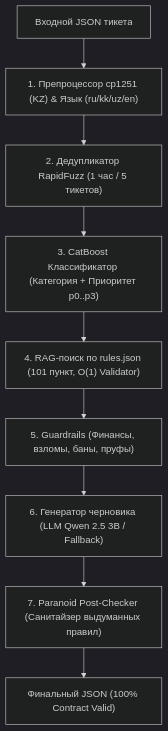
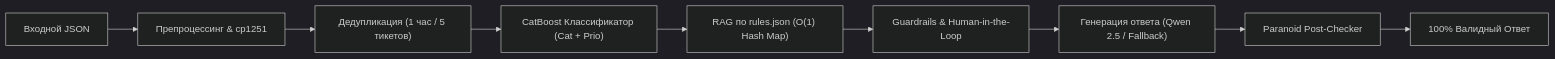
One commit to biplteam-Dreamteam/Outsiders changed the diagram in README.md. Above: the diagram before and after it, drawn with Mermaid (dark theme). The commit also changed other lines of this file and 10 other files, not shown here.

````diff
--- a/README.md
+++ b/README.md
@@ -165,11 +63,11 @@
 ```mermaid
-flowchart TD
-    A["Входной JSON тикета"] --> B["1. Препроцессор cp1251 (KZ) & Язык (ru/kk/uz/en)"]
-    B --> C["2. Дедупликатор RapidFuzz (1 час / 5 тикетов)"]
-    C --> D["3. CatBoost Классификатор (Категория + Приоритет p0..p3)"]
-    D --> E["4. RAG-поиск по rules.json (101 пункт, O(1) Validator)"]
-    E --> F["5. Guardrails (Финансы, взломы, баны, пруфы)"]
-    F --> G["6. Генератор черновика (LLM Qwen 2.5 3B / Fallback)"]
-    G --> H["7. Paranoid Post-Checker (Санитайзер выдуманных правил)"]
-    H --> I["Финальный JSON (100% Contract Valid)"]
+flowchart LR
+    A["Входной JSON"] --> B["Препроцессинг & cp1251"]
+    B --> C["Дедупликация (1 час / 5 тикетов)"]
+    C --> D["CatBoost Классификатор (Cat + Prio)"]
+    D --> E["RAG по rules.json (O(1) Hash Map)"]
+    E --> F["Guardrails & Human-in-the-Loop"]
+    F --> G["Генерация ответа (Qwen 2.5 / Fallback)"]
+    G --> H["Paranoid Post-Checker"]
+    H --> I["100% Валидный Ответ"]
 ```
````
